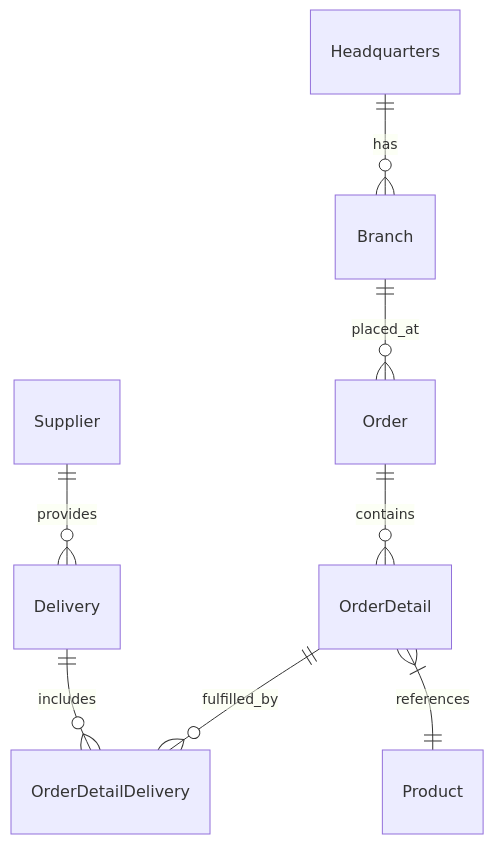
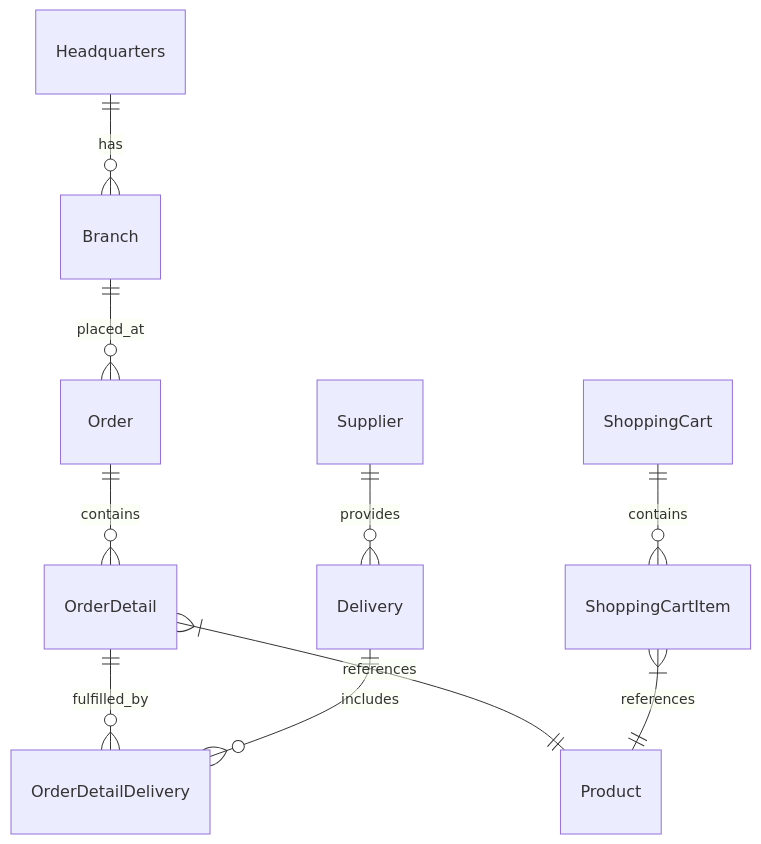
One commit to benleane83/copilot-agent-demo changed the first of 2 diagrams in docs/architecture.md. Above: the diagram before and after it, drawn with Mermaid. The commit also changed other lines of this file, not shown here.

Commit message:
Update architecture documentation with shopping cart details

````diff
--- a/docs/architecture.md
+++ b/docs/architecture.md
@@ -26,10 +26,12 @@
 ```mermaid
 erDiagram
     Headquarters ||--o{ Branch: has
     Branch ||--o{ Order: placed_at
     Order ||--o{ OrderDetail: contains
     OrderDetail ||--o{ OrderDetailDelivery: fulfilled_by
     OrderDetail }|--|| Product: references
     Delivery ||--o{ OrderDetailDelivery: includes
     Supplier ||--o{ Delivery: provides
+    ShoppingCart ||--o{ ShoppingCartItem: contains
+    ShoppingCartItem }|--|| Product: references
 ```
````
